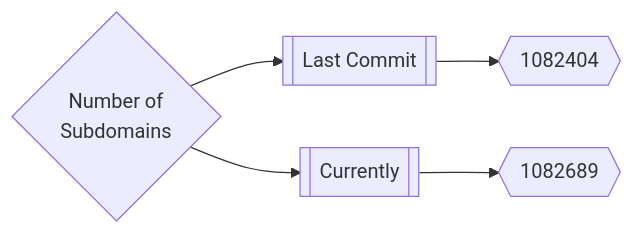
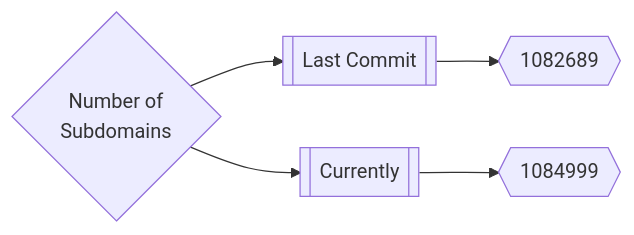
Before and after one commit to trickest/inventory: the first of 3 diagrams in README.md, drawn with Mermaid. The commit also changed other lines of this file and 124 other files, not shown here.

````diff
--- a/README.md
+++ b/README.md
@@ -165,5 +165,5 @@
 ```mermaid
 graph LR
-title{Number of<br>Subdomains} --> subdomainsDate1[[Last Commit]] --> subdomainsNum1{{1082404}}
-title --> subdomainsDate2[[Currently]] --> subdomainsNum2{{1082689}}
+title{Number of<br>Subdomains} --> subdomainsDate1[[Last Commit]] --> subdomainsNum1{{1082689}}
+title --> subdomainsDate2[[Currently]] --> subdomainsNum2{{1084999}}
 ```
````
